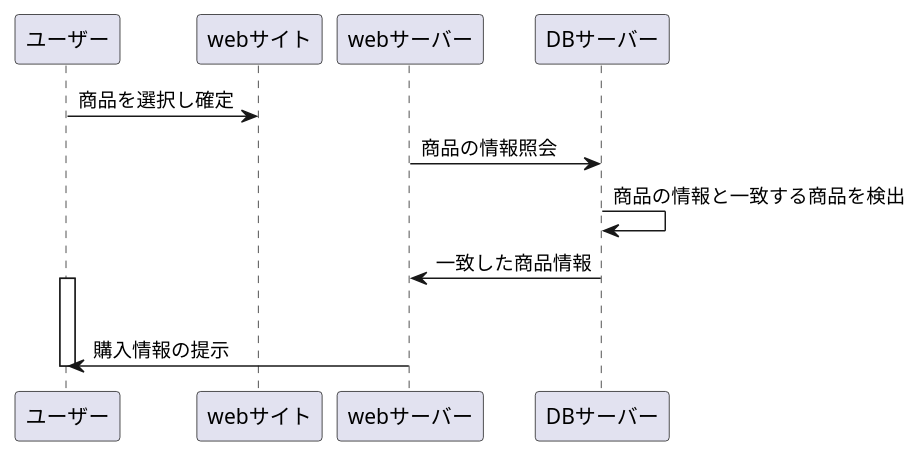
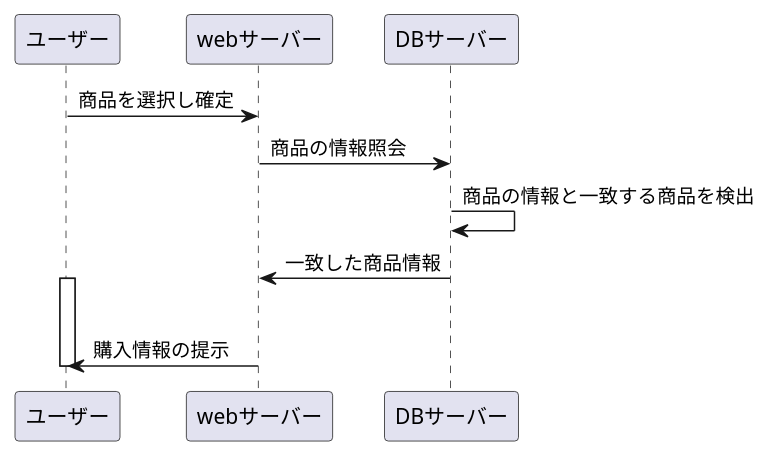
One commit to Aso2001195/2021sys-design changed the diagram in kadai7.md. Above: the diagram before and after it, drawn with PlantUML.

````diff
--- a/kadai7.md
+++ b/kadai7.md
@@ -1,12 +1,12 @@
 ```uml
 @startuml
-ユーザー->webサイト:商品を選択し確定
+ユーザー->webサーバー:商品を選択し確定
 webサーバー->DBサーバー:商品の情報照会
 DBサーバー->DBサーバー:商品の情報と一致する商品を検出
 DBサーバー->webサーバー:一致した商品情報
 activate ユーザー
 alt 商品の在庫有
 webサーバー->ユーザー:購入情報の提示
 deactivate ユーザー
 @enduml
 ```
````
